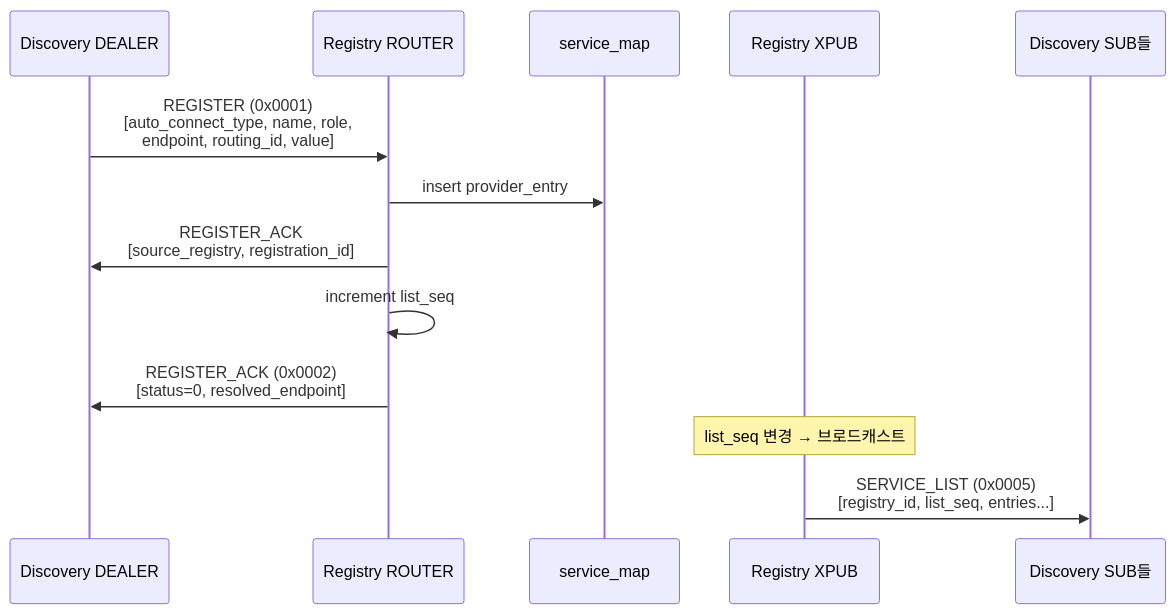
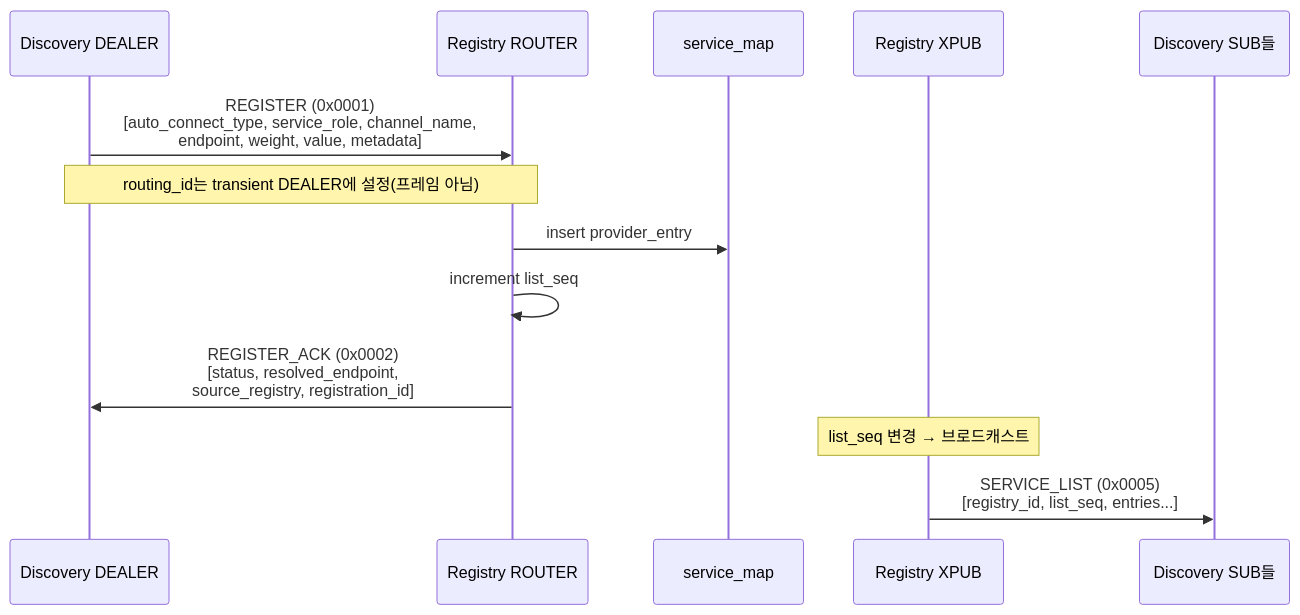
Before and after one commit to kairos-code-dev/zlink: the second of 10 diagrams in core/doc/internals/registry-internals.ko.md, drawn with Mermaid. The commit also changed other lines of this file, not shown here.

First line of the commit message:
docs(core): registry-internals.ko.md codex 리뷰 반영 — 데이터 구조/프레임/control task 정정

````diff
--- a/core/doc/internals/registry-internals.ko.md
+++ b/core/doc/internals/registry-internals.ko.md
@@ -104,16 +105,16 @@
 ```mermaid
 sequenceDiagram
     participant Disc as Discovery DEALER
     participant Router as Registry ROUTER
     participant Store as service_map
     participant Pub as Registry XPUB
     participant Subs as Discovery SUB들
 
-    Disc->>Router: REGISTER (0x0001)<br/>[auto_connect_type, name, role,<br/>endpoint, routing_id, value]
+    Disc->>Router: REGISTER (0x0001)<br/>[auto_connect_type, service_role, channel_name,<br/>endpoint, weight, value, metadata]
+    Note over Disc,Router: routing_id는 transient DEALER에 설정(프레임 아님)
     Router->>Store: insert provider_entry
-    Router->>Disc: REGISTER_ACK<br/>[source_registry, registration_id]
     Router->>Router: increment list_seq
-    Router->>Disc: REGISTER_ACK (0x0002)<br/>[status=0, resolved_endpoint]
+    Router->>Disc: REGISTER_ACK (0x0002)<br/>[status, resolved_endpoint,<br/>source_registry, registration_id]
     Note over Pub: list_seq 변경 → 브로드캐스트
     Pub->>Subs: SERVICE_LIST (0x0005)<br/>[registry_id, list_seq, entries...]
 ```
````
